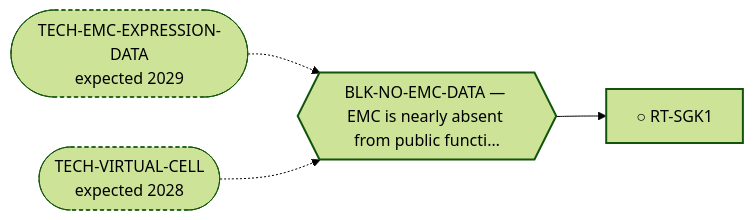
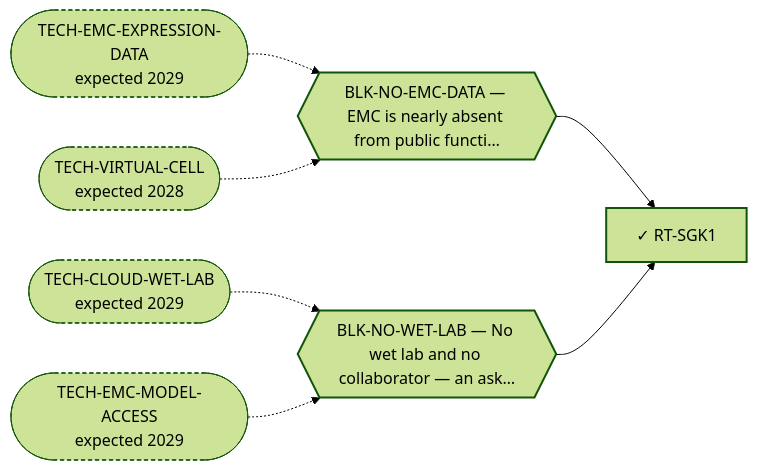
The diagram in systems/views/L2-rt-sgk1.md (trimcrae/Rare-cancers), drawn with Mermaid (forest theme) before and after one commit. The commit also changed other lines of this file and 13 other files, not shown here.

````diff
--- a/systems/views/L2-rt-sgk1.md
+++ b/systems/views/L2-rt-sgk1.md
@@ -27,14 +27,20 @@
 ```mermaid
 flowchart LR
-  RT_SGK1["○ RT-SGK1"]:::fam
+  RT_SGK1["✓ RT-SGK1"]:::fam
   BLK_NO_EMC_DATA{{"BLK-NO-EMC-DATA — EMC is nearly absent from public functi…"}}:::blk
   BLK_NO_EMC_DATA --> RT_SGK1
   TECH_EMC_EXPRESSION_DATA(["TECH-EMC-EXPRESSION-DATA<br/>expected 2029"]):::tech
   TECH_EMC_EXPRESSION_DATA -.-> BLK_NO_EMC_DATA
   TECH_VIRTUAL_CELL(["TECH-VIRTUAL-CELL<br/>expected 2028"]):::tech
   TECH_VIRTUAL_CELL -.-> BLK_NO_EMC_DATA
+  BLK_NO_WET_LAB{{"BLK-NO-WET-LAB — No wet lab and no collaborator — an ask…"}}:::blk
+  BLK_NO_WET_LAB --> RT_SGK1
+  TECH_CLOUD_WET_LAB(["TECH-CLOUD-WET-LAB<br/>expected 2029"]):::tech
+  TECH_CLOUD_WET_LAB -.-> BLK_NO_WET_LAB
+  TECH_EMC_MODEL_ACCESS(["TECH-EMC-MODEL-ACCESS<br/>expected 2029"]):::tech
+  TECH_EMC_MODEL_ACCESS -.-> BLK_NO_WET_LAB
   classDef fam stroke-width:2px;
   classDef blk stroke-width:2px;
   classDef perm stroke-width:4px;
   classDef tech stroke-width:1px,stroke-dasharray:4 3;
 ```
````
